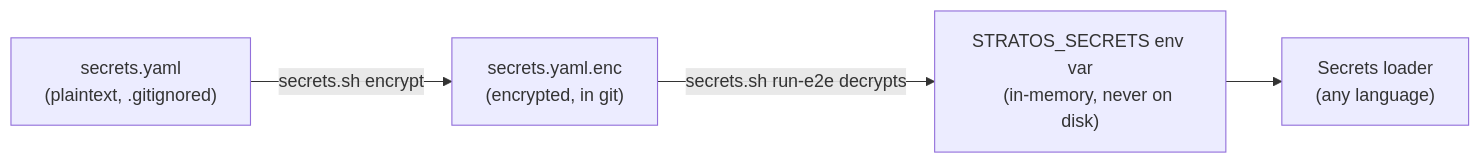
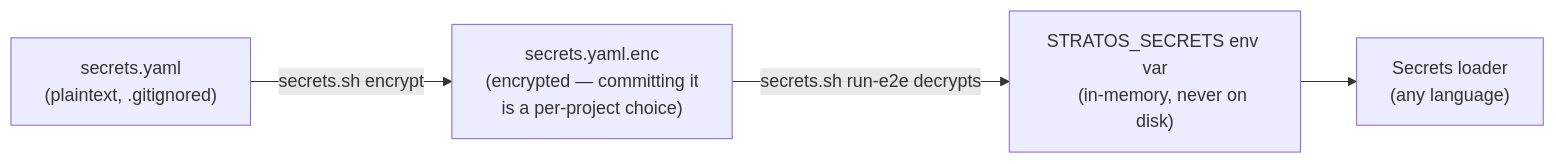
The diagram in docs/secrets-management.md (cloudfoundry/stratos), drawn with Mermaid before and after one commit. The commit also changed other lines of this file, not shown here.

First line of the commit message:
docs(secrets): fix the .enc-is-in-git claim, note it's per-project

````diff
--- a/docs/secrets-management.md
+++ b/docs/secrets-management.md
@@ -22,14 +22,15 @@
 ```mermaid
 flowchart LR
     plain["secrets.yaml
     (plaintext, .gitignored)"]
     enc["secrets.yaml.enc
-    (encrypted, in git)"]
+    (encrypted — committing it
+    is a per-project choice)"]
     env["STRATOS_SECRETS env var
     (in-memory, never on disk)"]
     loader["Secrets loader
     (any language)"]
     plain -- secrets.sh encrypt --> enc
     enc -- secrets.sh run-e2e decrypts --> env
     env --> loader
 ```
````
